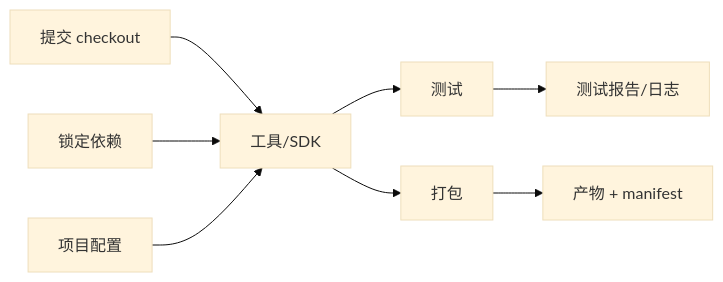
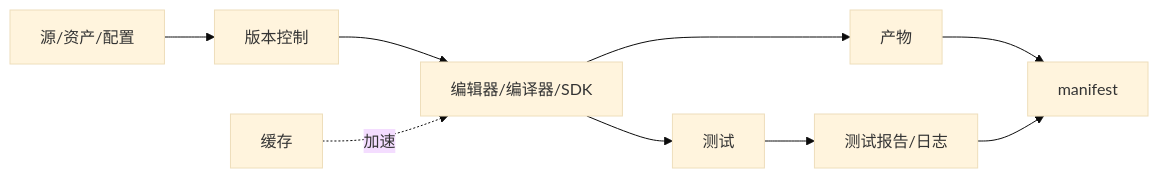
One commit to PainterDiri/Game-Development-Knowledge changed the diagram in knowledge-sets/toolchain-and-git/lessons/01-source-to-artifact.md. Above: the diagram before and after it, drawn with Mermaid (base theme). The commit also changed other lines of this file and 26 other files, not shown here.

````diff
--- a/knowledge-sets/toolchain-and-git/lessons/01-source-to-artifact.md
+++ b/knowledge-sets/toolchain-and-git/lessons/01-source-to-artifact.md
@@ -20,10 +27,11 @@
 ```mermaid
 flowchart LR
-    A[提交 checkout] --> B[工具/SDK]
-    C[锁定依赖] --> B
-    D[项目配置] --> B
-    B --> E[测试]
-    B --> F[打包]
-    F --> G[产物 + manifest]
-    E --> H[测试报告/日志]
+    S[源/资产/配置] --> V[版本控制]
+    V --> E[编辑器/编译器/SDK]
+    C[缓存] -. 加速 .-> E
+    E --> T[测试]
+    E --> P[产物]
+    T --> L[测试报告/日志]
+    P --> M[manifest]
+    L --> M
 ```
````
